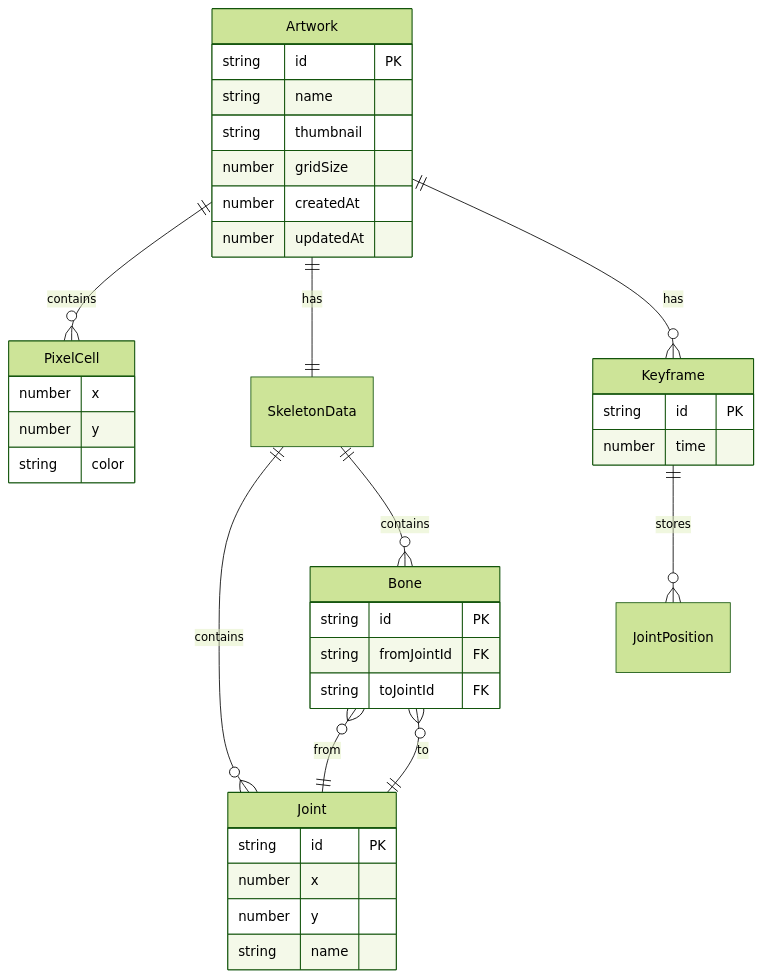
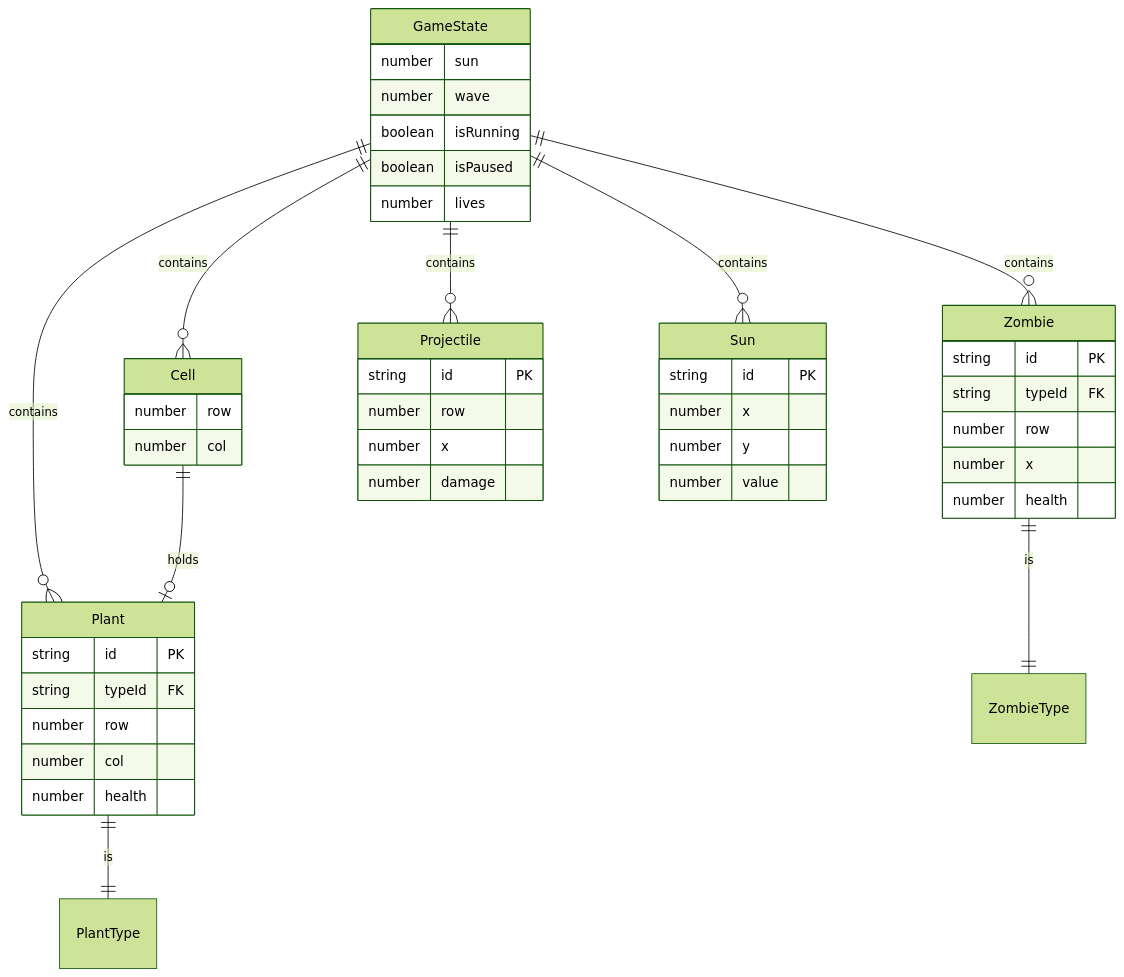
Before and after one commit to woshiabc55/AE: the second of 2 diagrams in .trae/documents/TechnicalArchitecture.md, drawn with Mermaid (forest theme). The commit also changed other lines of this file and 58 other files, not shown here.

````diff
--- a/.trae/documents/TechnicalArchitecture.md
+++ b/.trae/documents/TechnicalArchitecture.md
@@ -100,40 +116,49 @@
 ```mermaid
 erDiagram
-    Artwork ||--o{ PixelCell : contains
-    Artwork ||--|| SkeletonData : has
-    Artwork ||--o{ Keyframe : has
-    SkeletonData ||--o{ Joint : contains
-    SkeletonData ||--o{ Bone : contains
-    Bone }o--|| Joint : "from"
-    Bone }o--|| Joint : "to"
-    Keyframe ||--o{ JointPosition : stores
+    GameState ||--o{ Cell : contains
+    GameState ||--o{ Plant : contains
+    GameState ||--o{ Zombie : contains
+    GameState ||--o{ Projectile : contains
+    GameState ||--o{ Sun : contains
+    Cell ||--o| Plant : holds
+    Plant ||--|| PlantType : is
+    Zombie ||--|| ZombieType : is
 
-    Artwork {
+    GameState {
+        number sun
+        number wave
+        boolean isRunning
+        boolean isPaused
+        number lives
+    }
+    Cell {
+        number row
+        number col
+    }
+    Plant {
         string id PK
-        string name
-        string thumbnail
-        number gridSize
-        number createdAt
-        number updatedAt
+        string typeId FK
+        number row
+        number col
+        number health
     }
-    PixelCell {
+    Zombie {
+        string id PK
+        string typeId FK
+        number row
         number x
-        number y
-        string color
+        number health
     }
-    Joint {
+    Projectile {
+        string id PK
+        number row
+        number x
+        number damage
+    }
+    Sun {
         string id PK
         number x
         number y
-        string name
-    }
-    Bone {
-        string id PK
-        string fromJointId FK
-        string toJointId FK
-    }
-    Keyframe {
-        string id PK
-        number time
+        number value
     }
 ```
````
